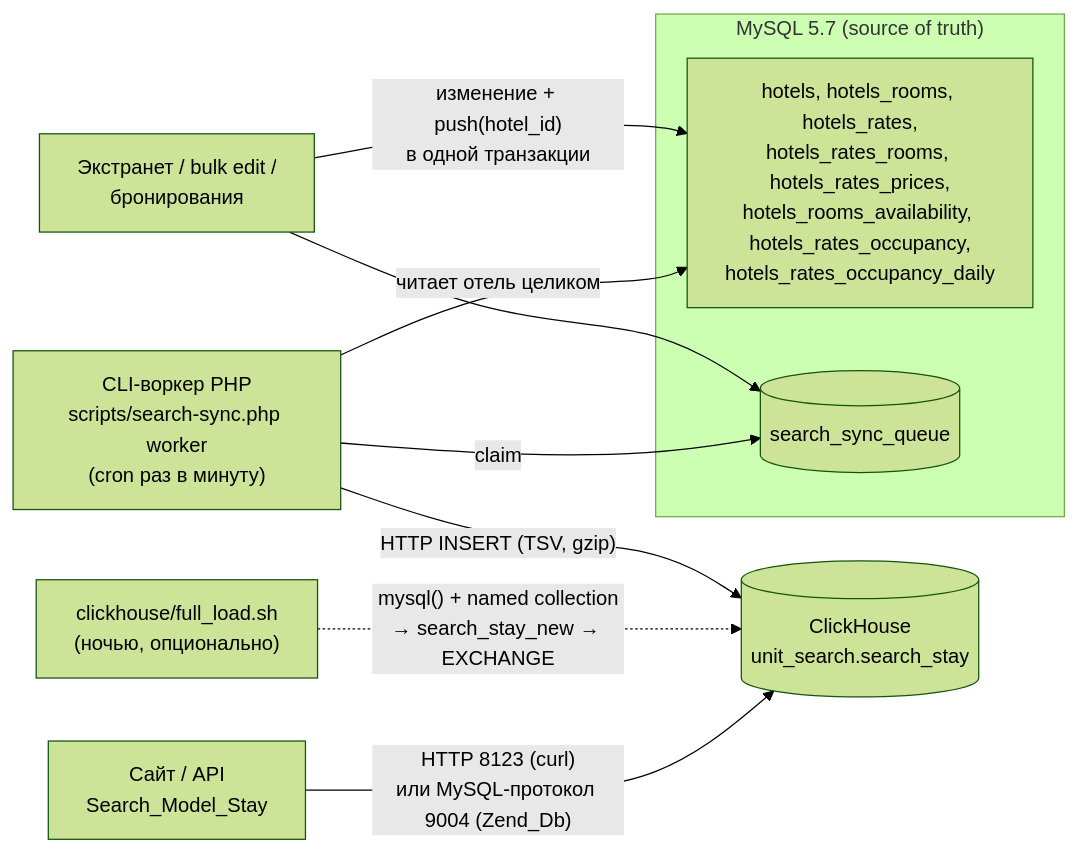
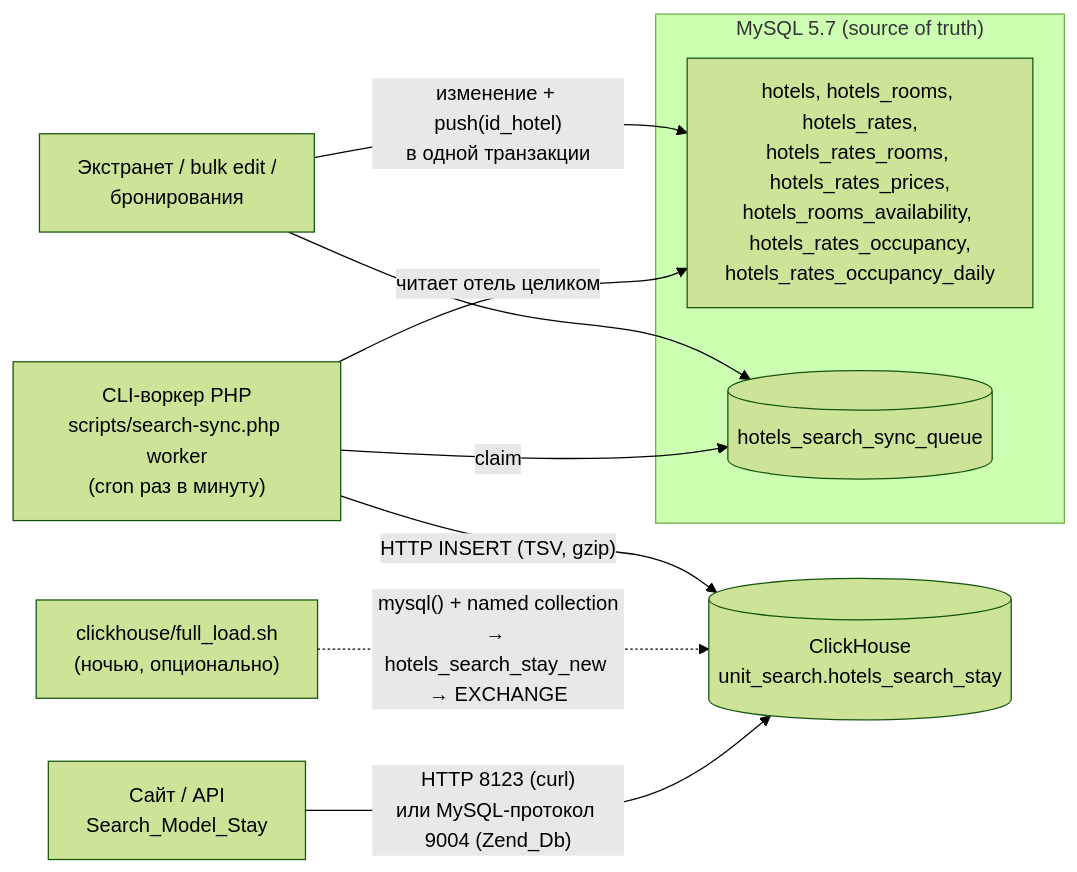
Before and after one commit to agrabynsky-sketch/cloude: the diagram in unit-search-clickhouse/README.md, drawn with Mermaid (forest theme). The commit also changed other lines of this file and 23 other files, not shown here.

First line of the commit message:
Rename search layer tables to hotels_* and id fields to id_*

````diff
--- a/unit-search-clickhouse/README.md
+++ b/unit-search-clickhouse/README.md
@@ -17,14 +17,14 @@
 ```mermaid
 flowchart LR
     subgraph MySQL["MySQL 5.7 (source of truth)"]
         T[hotels, hotels_rooms, hotels_rates,<br/>hotels_rates_rooms, hotels_rates_prices,<br/>hotels_rooms_availability, hotels_rates_occupancy,<br/>hotels_rates_occupancy_daily]
-        Q[(search_sync_queue)]
+        Q[(hotels_search_sync_queue)]
     end
-    A[Экстранет / bulk edit /<br/>бронирования] -- "изменение + push(hotel_id)<br/>в одной транзакции" --> T
+    A[Экстранет / bulk edit /<br/>бронирования] -- "изменение + push(id_hotel)<br/>в одной транзакции" --> T
     A --> Q
     W["CLI-воркер PHP<br/>scripts/search-sync.php worker<br/>(cron раз в минуту)"] -- claim --> Q
     W -- "читает отель целиком" --> T
-    W -- "HTTP INSERT (TSV, gzip)" --> CH[("ClickHouse<br/>unit_search.search_stay")]
-    F["clickhouse/full_load.sh<br/>(ночью, опционально)"] -. "mysql() + named collection<br/>→ search_stay_new → EXCHANGE" .-> CH
+    W -- "HTTP INSERT (TSV, gzip)" --> CH[("ClickHouse<br/>unit_search.hotels_search_stay")]
+    F["clickhouse/full_load.sh<br/>(ночью, опционально)"] -. "mysql() + named collection<br/>→ hotels_search_stay_new → EXCHANGE" .-> CH
     S["Сайт / API<br/>Search_Model_Stay"] -- "HTTP 8123 (curl)<br/>или MySQL-протокол 9004 (Zend_Db)" --> CH
 ```
````
